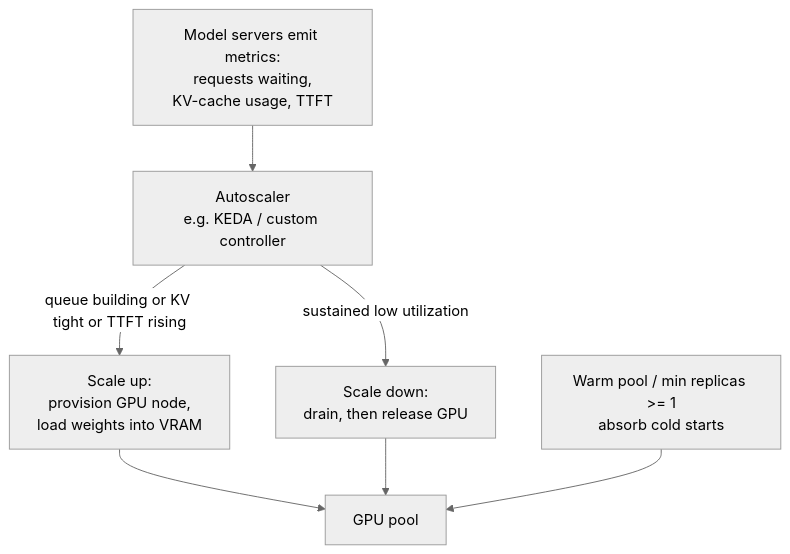
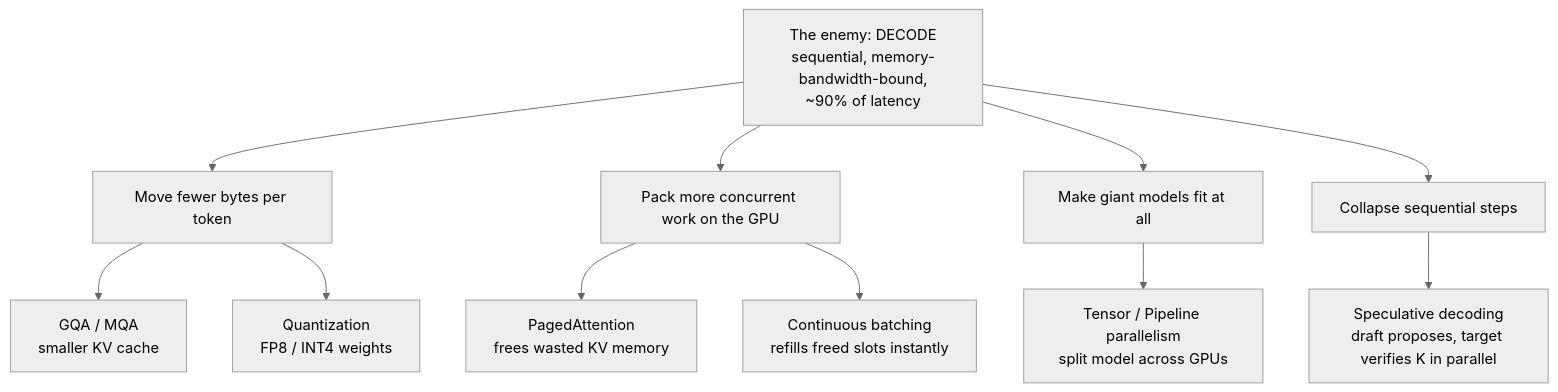
The sixth of 8 diagrams in case-studies/chatgpt-claude/README.md (codewithmuh/system-design), drawn with Mermaid (neutral theme) before and after one commit. The commit also changed other lines of this file and 7 other files, not shown here.

````diff
--- a/case-studies/chatgpt-claude/README.md
+++ b/case-studies/chatgpt-claude/README.md
@@ -442,9 +416,14 @@
 ```mermaid
 graph TD
-    M["Model servers emit metrics:<br/>requests waiting,<br/>KV-cache usage, TTFT"] --> SCALER["Autoscaler<br/>e.g. KEDA / custom controller"]
-    SCALER -->|"queue building or KV tight or TTFT rising"| UP["Scale up:<br/>provision GPU node,<br/>load weights into VRAM"]
-    SCALER -->|"sustained low utilization"| DOWN["Scale down:<br/>drain, then release GPU"]
-    UP --> POOL["GPU pool"]
-    DOWN --> POOL
-    WARM["Warm pool / min replicas >= 1<br/>absorb cold starts"] --> POOL
+    Enemy["The enemy: DECODE<br/>sequential, memory-bandwidth-bound,<br/>~90% of latency"]
+    Enemy --> M["Move fewer bytes per token"]
+    Enemy --> P["Pack more concurrent work on the GPU"]
+    Enemy --> F["Make giant models fit at all"]
+    Enemy --> S["Collapse sequential steps"]
+    M --> M1["GQA / MQA<br/>smaller KV cache"]
+    M --> M2["Quantization<br/>FP8 / INT4 weights"]
+    P --> P1["PagedAttention<br/>frees wasted KV memory"]
+    P --> P2["Continuous batching<br/>refills freed slots instantly"]
+    F --> F1["Tensor / Pipeline parallelism<br/>split model across GPUs"]
+    S --> S1["Speculative decoding<br/>draft proposes, target verifies K in parallel"]
 ```
````
